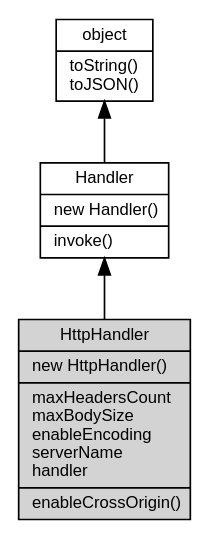
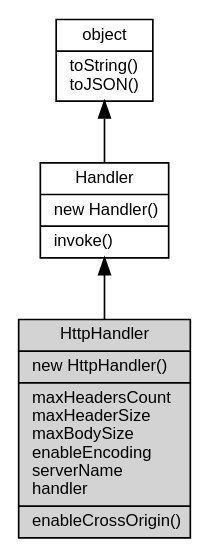
The diagram in docs/manual/object/ifs/HttpHandler.md (fibjs/fibjs.org), drawn with Graphviz before and after one commit. The commit also changed other lines of this file and 13 other files, not shown here.

````diff
--- a/docs/manual/object/ifs/HttpHandler.md
+++ b/docs/manual/object/ifs/HttpHandler.md
@@ -17,12 +17,12 @@
 ```dot
 digraph {
     node [fontname="Helvetica,sans-Serif", fontsize=10, shape="record", style="filled", fillcolor="white"];
 
     object [tooltip="object", URL="object.md", label="{object|toString()\ltoJSON()\l}"];
     Handler [tooltip="Handler", URL="Handler.md", label="{Handler|new Handler()\l|invoke()\l}"];
-    HttpHandler [tooltip="HttpHandler", fillcolor="lightgray", id="me", label="{HttpHandler|new HttpHandler()\l|maxHeadersCount\lmaxBodySize\lenableEncoding\lserverName\lhandler\l|enableCrossOrigin()\l}"];
+    HttpHandler [tooltip="HttpHandler", fillcolor="lightgray", id="me", label="{HttpHandler|new HttpHandler()\l|maxHeadersCount\lmaxHeaderSize\lmaxBodySize\lenableEncoding\lserverName\lhandler\l|enableCrossOrigin()\l}"];
 
     object -> Handler [dir=back];
     Handler -> HttpHandler [dir=back];
 }
 ```
````
